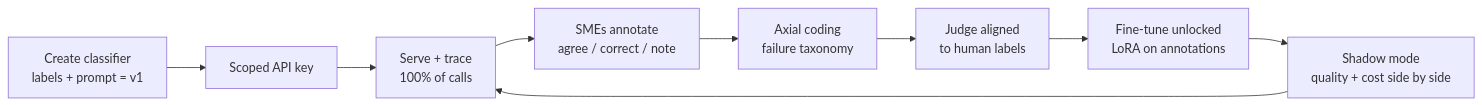
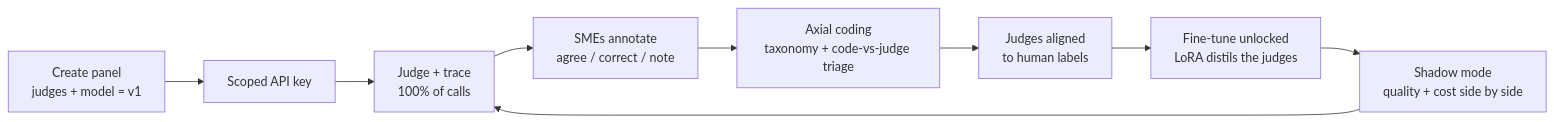
Before and after one commit to PatKeenan/label-loop: the diagram in README.md, drawn with Mermaid. The commit also changed other lines of this file and 24 other files, not shown here.

Commit message:
feat(contracts)!: replace the classifier with a panel of judges (#10)

````diff
--- a/README.md
+++ b/README.md
@@ -51,11 +71,11 @@
 ```mermaid
 flowchart LR
-    A[Create classifier<br/>labels + prompt = v1] --> B[Scoped API key]
-    B --> C[Serve + trace<br/>100% of calls]
+    A[Create panel<br/>judges + model = v1] --> B[Scoped API key]
+    B --> C[Judge + trace<br/>100% of calls]
     C --> D[SMEs annotate<br/>agree / correct / note]
-    D --> E[Axial coding<br/>failure taxonomy]
-    E --> F[Judge aligned<br/>to human labels]
-    F --> G[Fine-tune unlocked<br/>LoRA on annotations]
+    D --> E[Axial coding<br/>taxonomy + code-vs-judge triage]
+    E --> F[Judges aligned<br/>to human labels]
+    F --> G[Fine-tune unlocked<br/>LoRA distils the judges]
     G --> H[Shadow mode<br/>quality + cost side by side]
     H --> C
 ```
````
